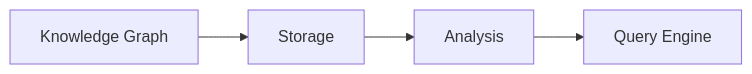
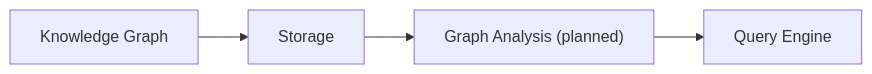
The second of 2 diagrams in docs/ANALYSIS.md (akash1047/kode), drawn with Mermaid before and after one commit. The commit also changed other lines of this file and 46 other files, not shown here.

````diff
--- a/docs/ANALYSIS.md
+++ b/docs/ANALYSIS.md
@@ -17,17 +43,17 @@
 ```mermaid
 flowchart LR
 
     KnowledgeGraph["Knowledge Graph"]
 
     Storage
 
-    Analysis
+    GraphAnalysis["Graph Analysis (planned)"]
 
     QueryEngine["Query Engine"]
 
     KnowledgeGraph --> Storage
 
-    Storage --> Analysis
+    Storage --> GraphAnalysis
 
-    Analysis --> QueryEngine
+    GraphAnalysis --> QueryEngine
 ```
````
